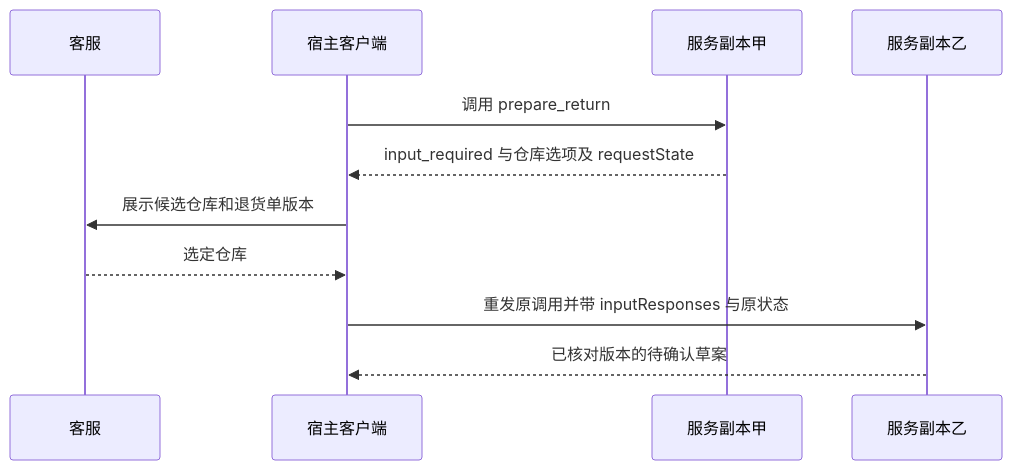
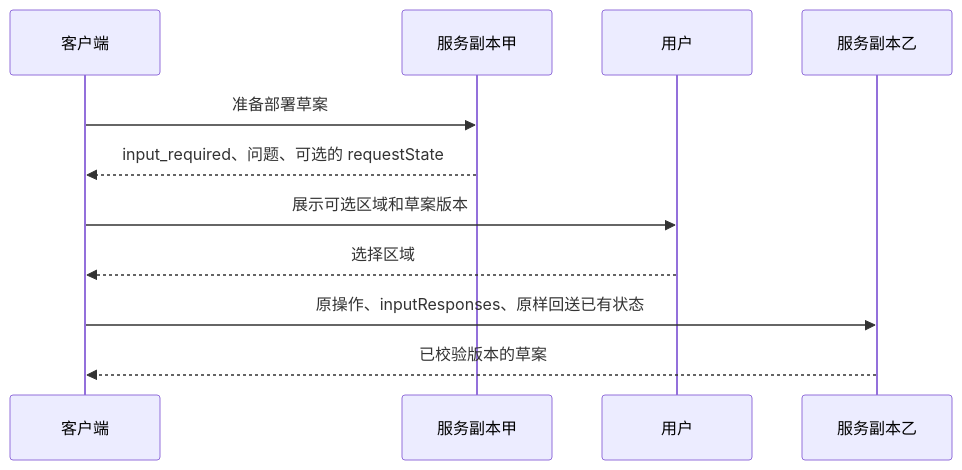
One commit to echonoshy/agent-engineering-handbook changed the second of 3 diagrams in 08-agent-infra-harness-and-protocols/02-protocols-mcp-skills-a2a.md. Above: the diagram before and after it, drawn with Mermaid. The commit also changed other lines of this file and 21 other files, not shown here.

````diff
--- a/08-agent-infra-harness-and-protocols/02-protocols-mcp-skills-a2a.md
+++ b/08-agent-infra-harness-and-protocols/02-protocols-mcp-skills-a2a.md
@@ -95,13 +101,13 @@
 ```mermaid
 sequenceDiagram
-    participant U as 客服
-    participant H as 宿主客户端
+    participant C as 客户端
     participant A as 服务副本甲
+    participant U as 用户
     participant B as 服务副本乙
-    H->>A: 调用 prepare_return
-    A-->>H: input_required 与仓库选项及 requestState
-    H->>U: 展示候选仓库和退货单版本
-    U-->>H: 选定仓库
-    H->>B: 重发原调用并带 inputResponses 与原状态
-    B-->>H: 已核对版本的待确认草案
+    C->>A: 准备部署草案
+    A-->>C: input_required、问题、可选的 requestState
+    C->>U: 展示可选区域和草案版本
+    U-->>C: 选择区域
+    C->>B: 原操作、inputResponses、原样回送已有状态
+    B-->>C: 已校验版本的草案
 ```
````
